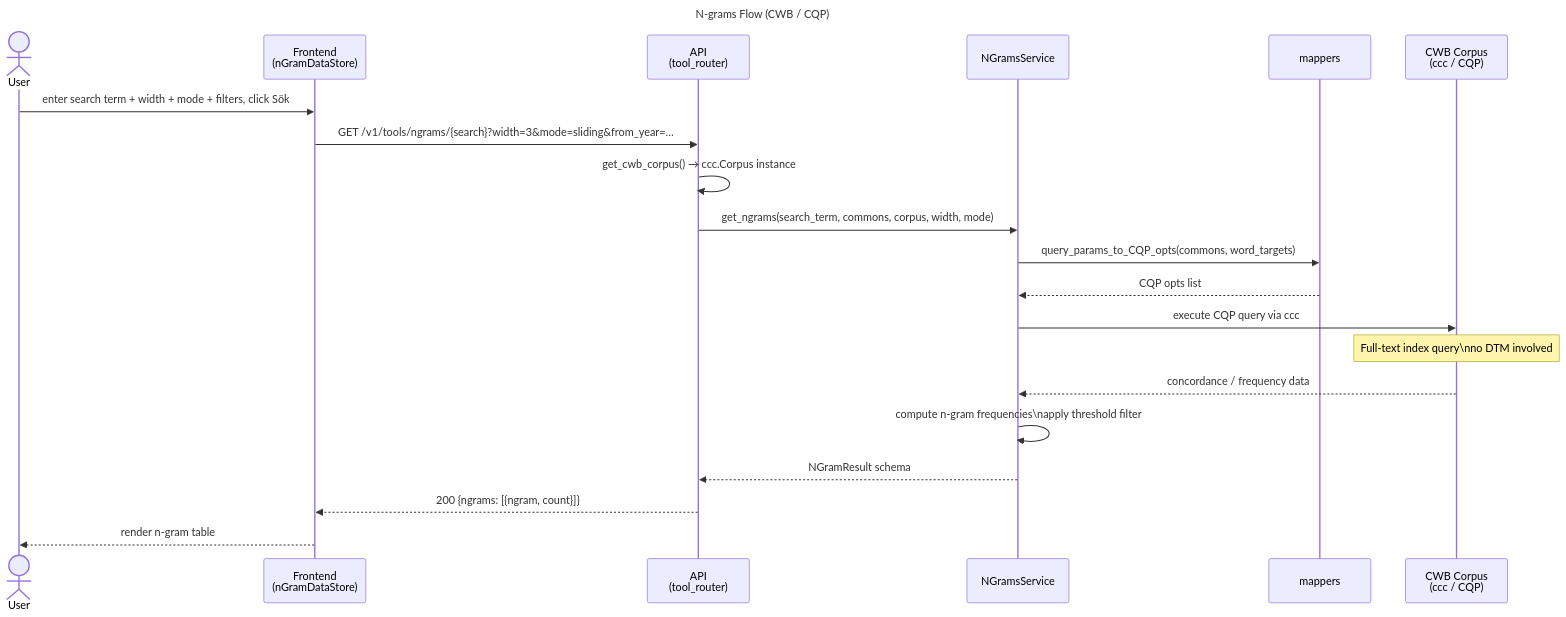
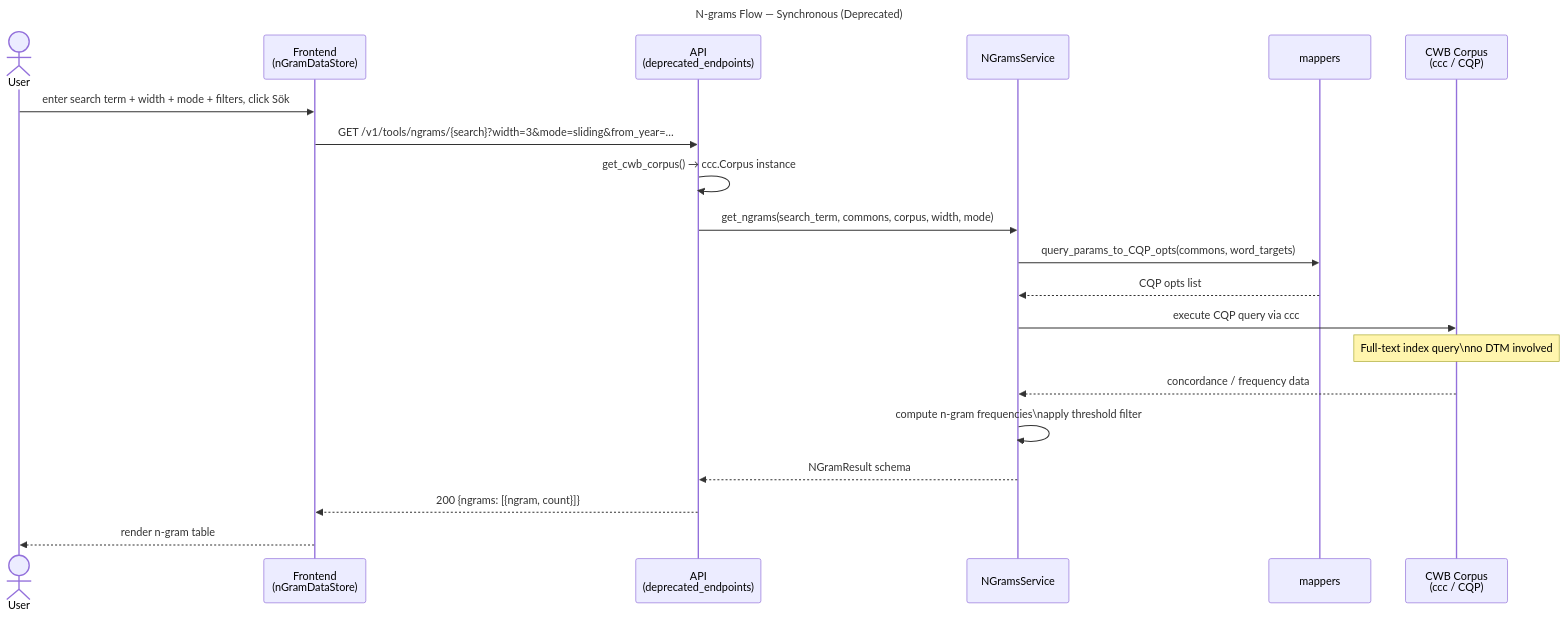
Diagram 14 of 18 in docs/DIAGRAMS.md (humlab-swedeb/swedeb-api), drawn with Mermaid before and after one commit. The commit also changed other lines of this file and 2 other files, not shown here.

First line of the commit message:
feat: Implement N-grams ticketing system with progressive loading and pre-search estimation

````diff
--- a/docs/DIAGRAMS.md
+++ b/docs/DIAGRAMS.md
@@ -640,30 +743,30 @@
 ```mermaid
 sequenceDiagram
-    title N-grams Flow (CWB / CQP)
+    title N-grams Flow — Synchronous (Deprecated)
 
     actor User
     participant Frontend as Frontend<br/>(nGramDataStore)
-    participant API as API<br/>(tool_router)
+    participant API as API<br/>(deprecated_endpoints)
     participant NGS as NGramsService
     participant Mapper as mappers
     participant CWB as CWB Corpus<br/>(ccc / CQP)
 
     User->>Frontend: enter search term + width + mode + filters, click Sök
     Frontend->>API: GET /v1/tools/ngrams/{search}?width=3&mode=sliding&from_year=…
 
     API->>API: get_cwb_corpus() → ccc.Corpus instance
     API->>NGS: get_ngrams(search_term, commons, corpus, width, mode)
 
     NGS->>Mapper: query_params_to_CQP_opts(commons, word_targets)
     Mapper-->>NGS: CQP opts list
 
     NGS->>CWB: execute CQP query via ccc
     Note over CWB: Full-text index query\nno DTM involved
     CWB-->>NGS: concordance / frequency data
 
     NGS->>NGS: compute n-gram frequencies\napply threshold filter
     NGS-->>API: NGramResult schema
 
     API-->>Frontend: 200 {ngrams: [{ngram, count}]}
     Frontend-->>User: render n-gram table
 ```
````
